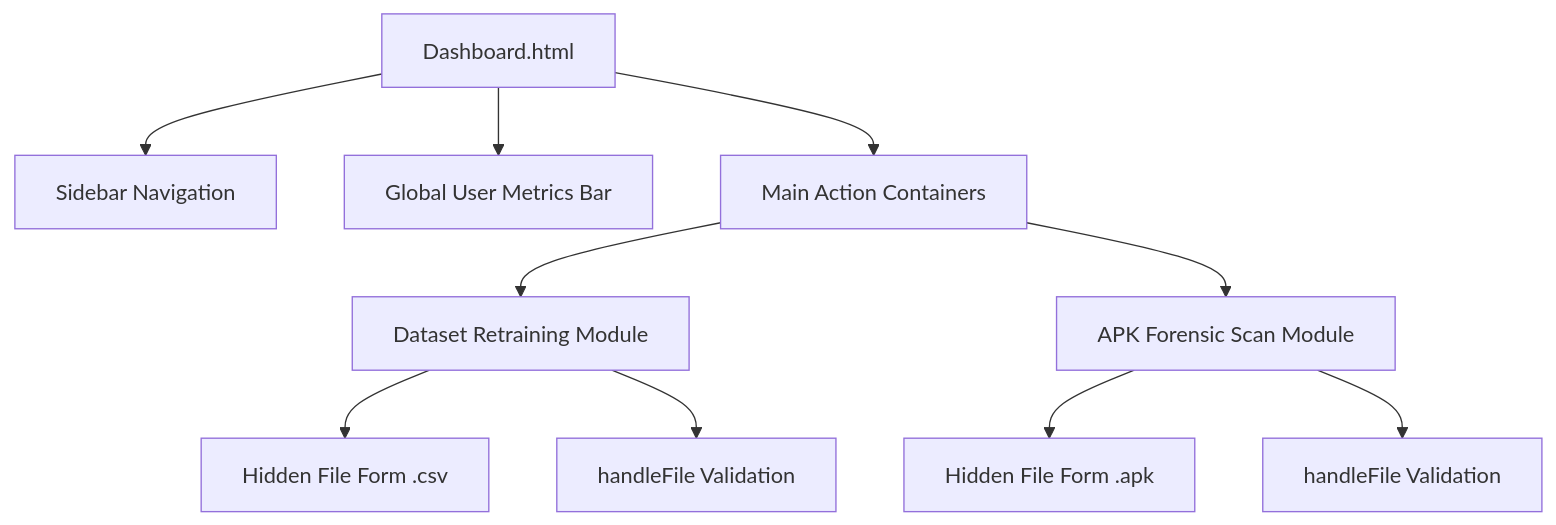
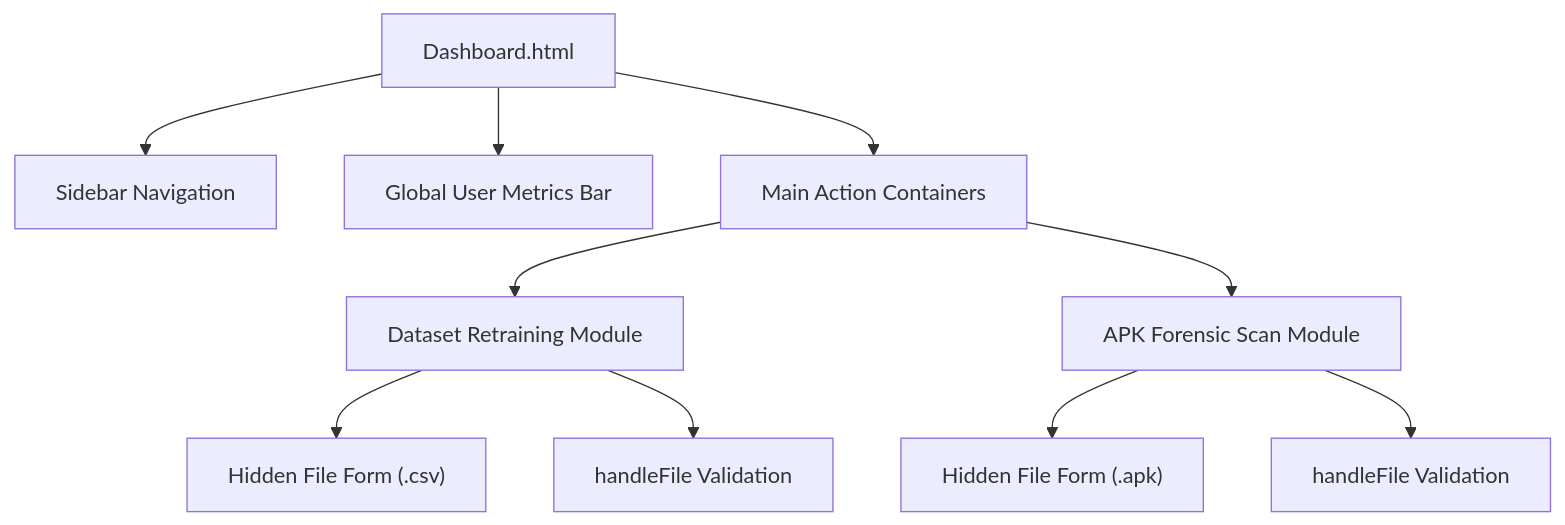
Before and after one commit to BlueHeart-Saga/machine-learning: the sixth of 19 diagrams in README.md, drawn with Mermaid. The commit also changed other lines of this file, not shown here.

Commit message:
Documentation: Fixed Mermaid syntax and added comprehensive user-friendly explanations to all diagrams

````diff
--- a/README.md
+++ b/README.md
@@ -174,15 +177,15 @@
 ```mermaid
 graph TD
     Dash[Dashboard.html] --> Navbar[Sidebar Navigation]
     Dash --> Metrics[Global User Metrics Bar]
     Dash --> ActionPanels[Main Action Containers]
     
     ActionPanels --> ModelCard[Dataset Retraining Module]
     ActionPanels --> ScanCard[APK Forensic Scan Module]
     
-    ModelCard --> Form1[Hidden File Form .csv]
+    ModelCard --> Form1["Hidden File Form (.csv)"]
     ModelCard --> JS1[handleFile Validation]
     
-    ScanCard --> Form2[Hidden File Form .apk]
+    ScanCard --> Form2["Hidden File Form (.apk)"]
     ScanCard --> JS2[handleFile Validation]
 ```
````
